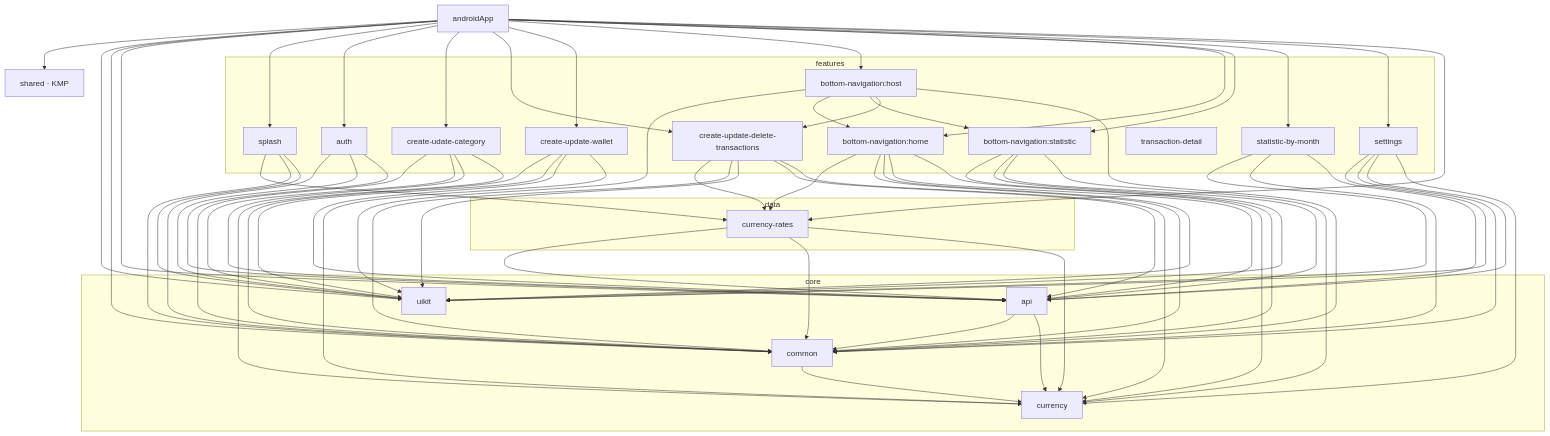
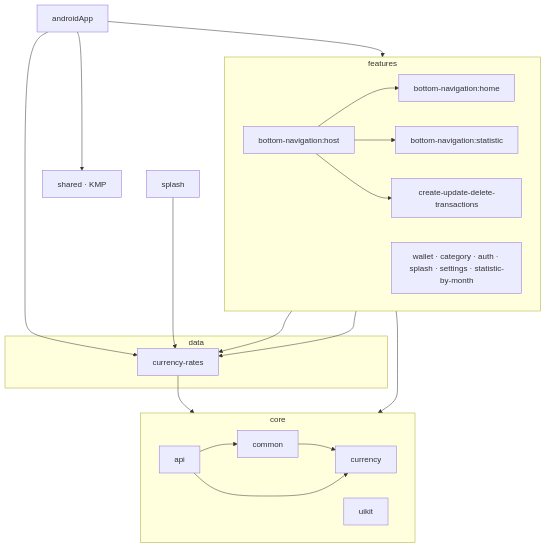
Before and after one commit to VolovatovTA/Budget: the diagram in README.md, drawn with Mermaid. The commit also changed other lines of this file and 3 other files, not shown here.

First line of the commit message:
Enforce the module graph with module-graph-assert

````diff
--- a/README.md
+++ b/README.md
@@ -39,89 +39,45 @@
 ```mermaid
 flowchart TB
-    androidApp
+    app[androidApp]
+
     subgraph features
-        auth[auth]
-        bn_home[bottom-navigation:home]
-        bn_host[bottom-navigation:host]
-        bn_statistic[bottom-navigation:statistic]
-        create_udate_category[create-udate-category]
-        create_update_delete_transactions[create-update-delete-transactions]
-        create_update_wallet[create-update-wallet]
-        settings[settings]
-        splash[splash]
-        statistic_by_month[statistic-by-month]
-        transaction_detail[transaction-detail]
+        direction LR
+        host[bottom-navigation:host]
+        home[bottom-navigation:home]
+        statistic[bottom-navigation:statistic]
+        transactions[create-update-delete-transactions]
+        other[wallet · category · auth · splash · settings · statistic-by-month]
     end
+
     subgraph data
-        currency_rates[currency-rates]
+        rates[currency-rates]
     end
+
     subgraph core
+        direction LR
         api
         common
         currency
         uikit
     end
+
     shared[shared · KMP]
 
-    androidApp --> shared
-    androidApp --> uikit
-    androidApp --> common
-    androidApp --> api
-    androidApp --> splash
-    androidApp --> auth
-    androidApp --> create_udate_category
-    androidApp --> create_update_delete_transactions
-    androidApp --> create_update_wallet
-    androidApp --> bn_host
-    androidApp --> bn_home
-    androidApp --> bn_statistic
-    androidApp --> statistic_by_month
-    androidApp --> settings
-    androidApp --> currency_rates
+    app --> features
+    app --> rates
+    app --> shared
+
+    host --> home
+    host --> statistic
+    host --> transactions
+    home --> rates
+    transactions --> rates
+    splash --> rates
+
+    features --> core
+    rates --> core
+
     api --> common
+    common --> currency
     api --> currency
-    common --> currency
-    auth --> common
-    auth --> uikit
-    auth --> api
-    bn_home --> currency_rates
-    bn_home --> common
-    bn_home --> uikit
-    bn_home --> api
-    bn_home --> currency
-    bn_host --> uikit
-    bn_host --> bn_home
-    bn_host --> bn_statistic
-    bn_host --> create_update_delete_transactions
-    bn_host --> common
-    bn_statistic --> common
-    bn_statistic --> uikit
-    bn_statistic --> api
-    bn_statistic --> currency
-    create_udate_category --> common
-    create_udate_category --> uikit
-    create_udate_category --> api
-    create_udate_category --> currency
-    create_update_delete_transactions --> currency_rates
-    create_update_delete_transactions --> common
-    create_update_delete_transactions --> uikit
-    create_update_delete_transactions --> api
-    create_update_delete_transactions --> currency
-    create_update_wallet --> common
-    create_update_wallet --> uikit
-    create_update_wallet --> api
-    create_update_wallet --> currency
-    currency_rates --> api
-    currency_rates --> common
-    currency_rates --> currency
-    settings --> uikit
-    settings --> common
-    settings --> api
-    settings --> currency
-    splash --> currency_rates
-    splash --> common
-    splash --> uikit
-    statistic_by_month --> uikit
-    statistic_by_month --> common
-    statistic_by_month --> api
 ```
````
